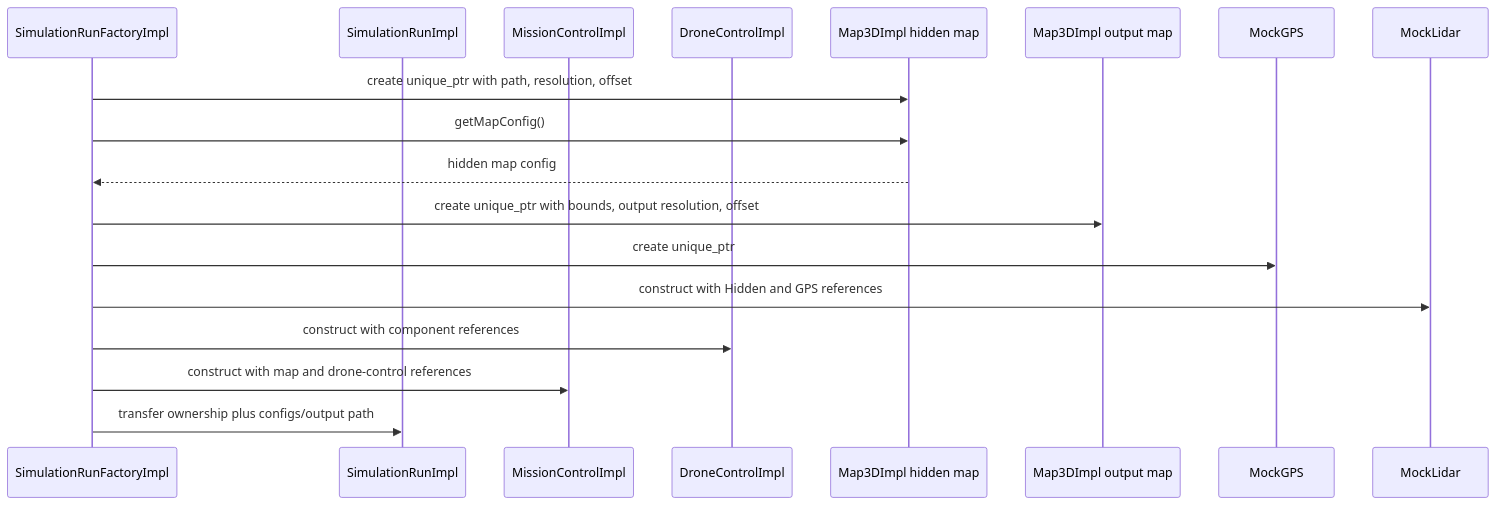
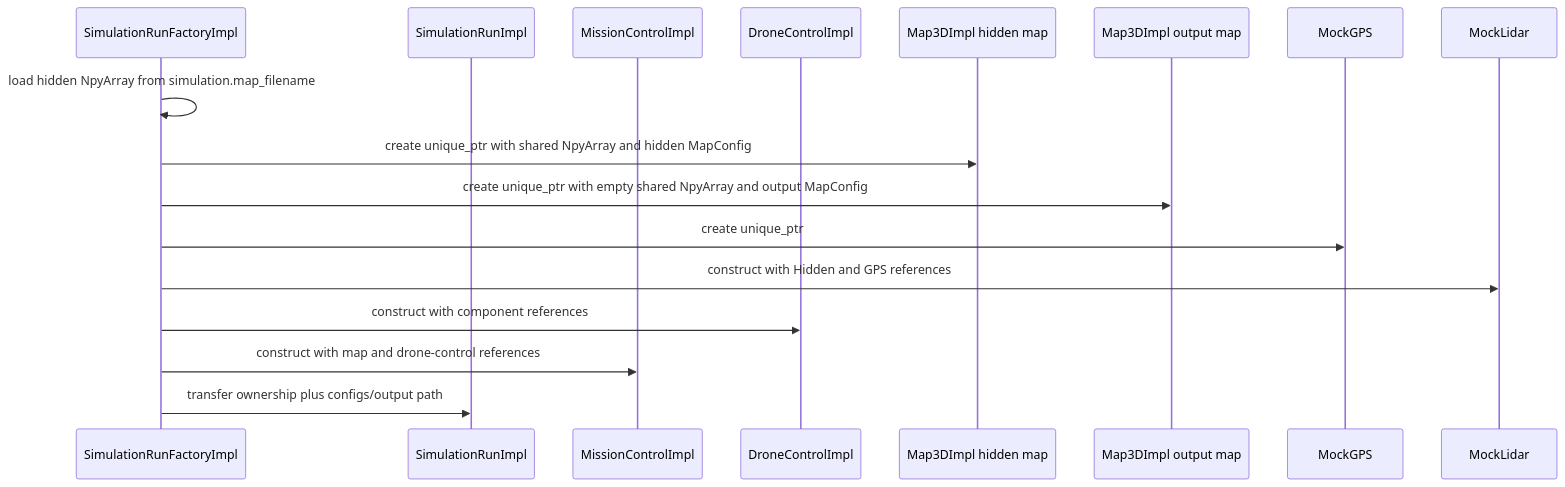
The third of 4 diagrams in docs/HLD.md (davidKop98/drone_mapper_ex2), drawn with Mermaid before and after one commit. The commit also changed other lines of this file and 5 other files, not shown here.

````diff
--- a/docs/HLD.md
+++ b/docs/HLD.md
@@ -251,21 +249,20 @@
 ```mermaid
 sequenceDiagram
     participant Factory as SimulationRunFactoryImpl
     participant Run as SimulationRunImpl
     participant Mission as MissionControlImpl
     participant Drone as DroneControlImpl
     participant Hidden as Map3DImpl hidden map
     participant Output as Map3DImpl output map
     participant GPS as MockGPS
     participant Lidar as MockLidar
 
-    Factory->>Hidden: create unique_ptr with path, resolution, offset
-    Factory->>Hidden: getMapConfig()
-    Hidden-->>Factory: hidden map config
-    Factory->>Output: create unique_ptr with bounds, output resolution, offset
+    Factory->>Factory: load hidden NpyArray from simulation.map_filename
+    Factory->>Hidden: create unique_ptr with shared NpyArray and hidden MapConfig
+    Factory->>Output: create unique_ptr with empty shared NpyArray and output MapConfig
     Factory->>GPS: create unique_ptr
     Factory->>Lidar: construct with Hidden and GPS references
     Factory->>Drone: construct with component references
     Factory->>Mission: construct with map and drone-control references
     Factory->>Run: transfer ownership plus configs/output path
 ```
````
